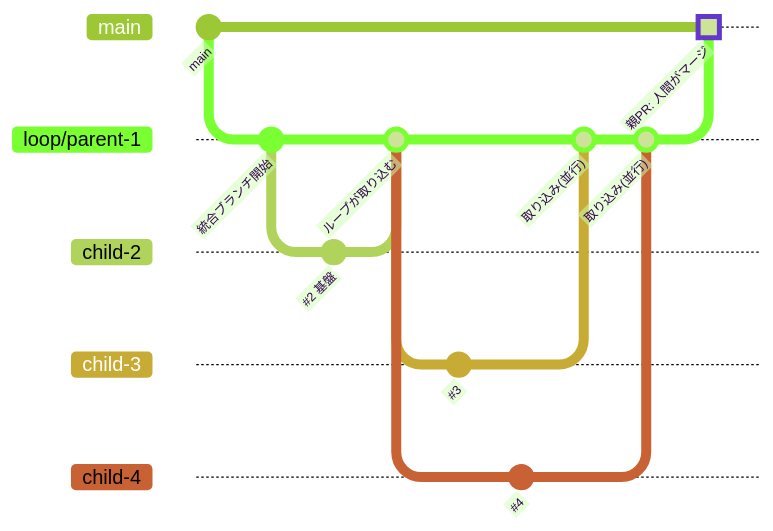
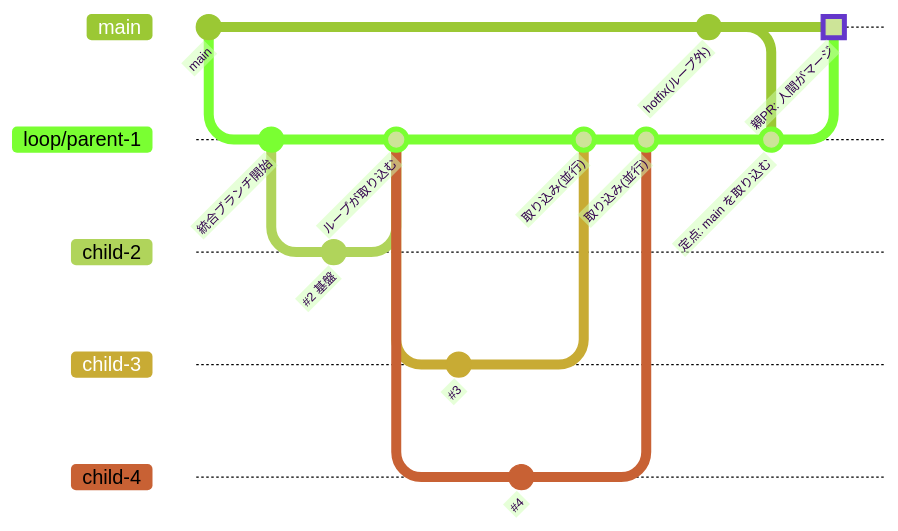
The third of 3 diagrams in README.md (reonyanarticle/tasuki), drawn with Mermaid (forest theme) before and after one commit. The commit also changed other lines of this file and 10 other files, not shown here.

Commit message:
docs: 反映漏れ監査の所見を全反映(OPERATIONS 3c 自動化、loop-status の WIP と loop:review、README の図3枚、ROADMAP 履歴、GATES と CONTRACTS と FAQ と INTEGRATION の追随)

````diff
--- a/README.md
+++ b/README.md
@@ -176,22 +180,26 @@
 ```mermaid
 gitGraph
     accTitle: ブランチの流れ
-    accDescr: 子 PR は統合ブランチへ合流し、ループが取り込む。main に入る経路は親 PR の人間マージただ1つである。
+    accDescr: 子 PR は統合ブランチへ合流し、ループが取り込む。ループ外の hotfix はレイヤーの区切りで main から統合ブランチへ取り込まれる。main に入る経路は親 PR の人間マージただ1つである。
     commit id: "main"
     branch loop/parent-1
     commit id: "統合ブランチ開始"
     branch child-2
     commit id: "#2 基盤"
     checkout loop/parent-1
     merge child-2 id: "ループが取り込む"
     branch child-3
     commit id: "#3"
     checkout loop/parent-1
     branch child-4
     commit id: "#4"
     checkout loop/parent-1
     merge child-3 id: "取り込み(並行)"
     merge child-4 id: "取り込み(並行) "
     checkout main
+    commit id: "hotfix(ループ外)"
+    checkout loop/parent-1
+    merge main id: "定点: main を取り込む"
+    checkout main
     merge loop/parent-1 id: "親PR: 人間がマージ" type: HIGHLIGHT
 ```
````
